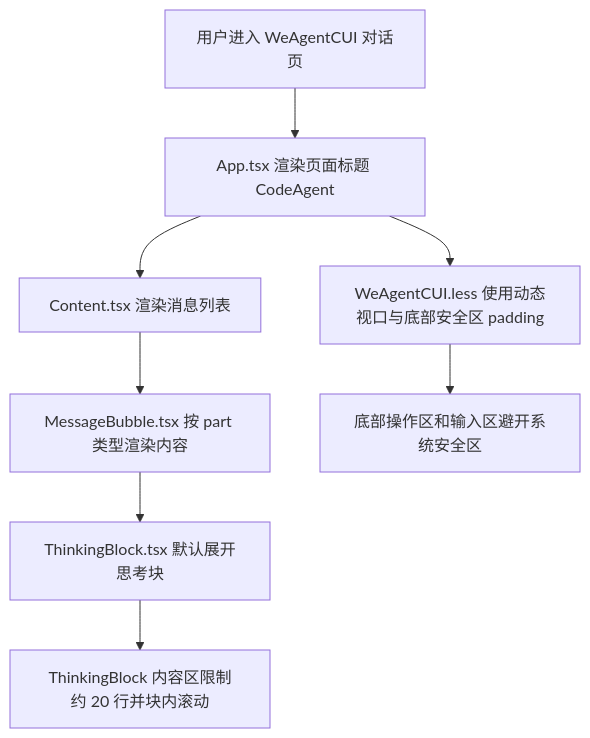
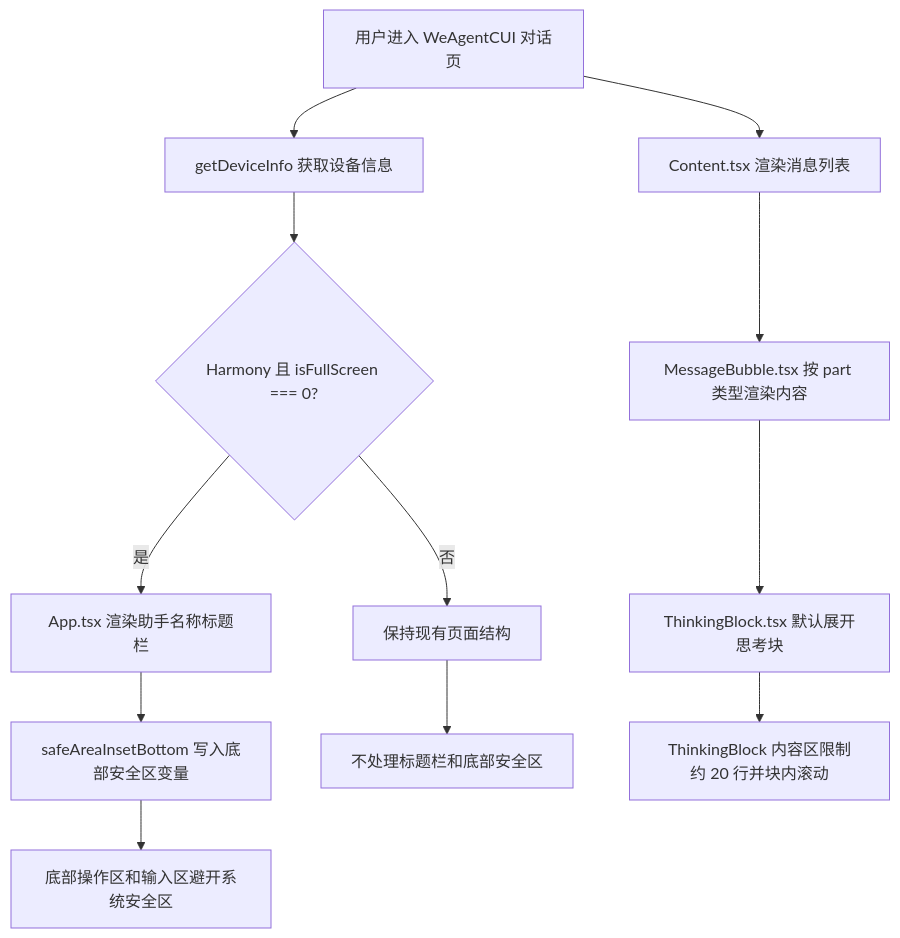
The first of 3 diagrams in ai-chat-viewer/docs/plans/2026-06-08-we-agent-cui-ui-interaction-optimization-plan.md (Abelsjcheng/skillSDK), drawn with Mermaid before and after one commit. The commit also changed other lines of this file, not shown here.

Commit message:
docs(ui): refine harmony split screen plan

````diff
--- a/ai-chat-viewer/docs/plans/2026-06-08-we-agent-cui-ui-interaction-optimization-plan.md
+++ b/ai-chat-viewer/docs/plans/2026-06-08-we-agent-cui-ui-interaction-optimization-plan.md
@@ -37,10 +39,14 @@
 ```mermaid
 flowchart TD
-    A["用户进入 WeAgentCUI 对话页"] --> B["App.tsx 渲染页面标题 CodeAgent"]
-    B --> C["Content.tsx 渲染消息列表"]
-    C --> D["MessageBubble.tsx 按 part 类型渲染内容"]
-    D --> E["ThinkingBlock.tsx 默认展开思考块"]
-    E --> F["ThinkingBlock 内容区限制约 20 行并块内滚动"]
-    B --> G["WeAgentCUI.less 使用动态视口与底部安全区 padding"]
-    G --> H["底部操作区和输入区避开系统安全区"]
+    A["用户进入 WeAgentCUI 对话页"] --> B["getDeviceInfo 获取设备信息"]
+    B --> C{"Harmony 且 isFullScreen === 0?"}
+    C -- "是" --> D["App.tsx 渲染助手名称标题栏"]
+    C -- "否" --> E["保持现有页面结构"]
+    D --> F["safeAreaInsetBottom 写入底部安全区变量"]
+    F --> G["底部操作区和输入区避开系统安全区"]
+    E --> H["不处理标题栏和底部安全区"]
+    A --> I["Content.tsx 渲染消息列表"]
+    I --> J["MessageBubble.tsx 按 part 类型渲染内容"]
+    J --> K["ThinkingBlock.tsx 默认展开思考块"]
+    K --> L["ThinkingBlock 内容区限制约 20 行并块内滚动"]
 ```
````
